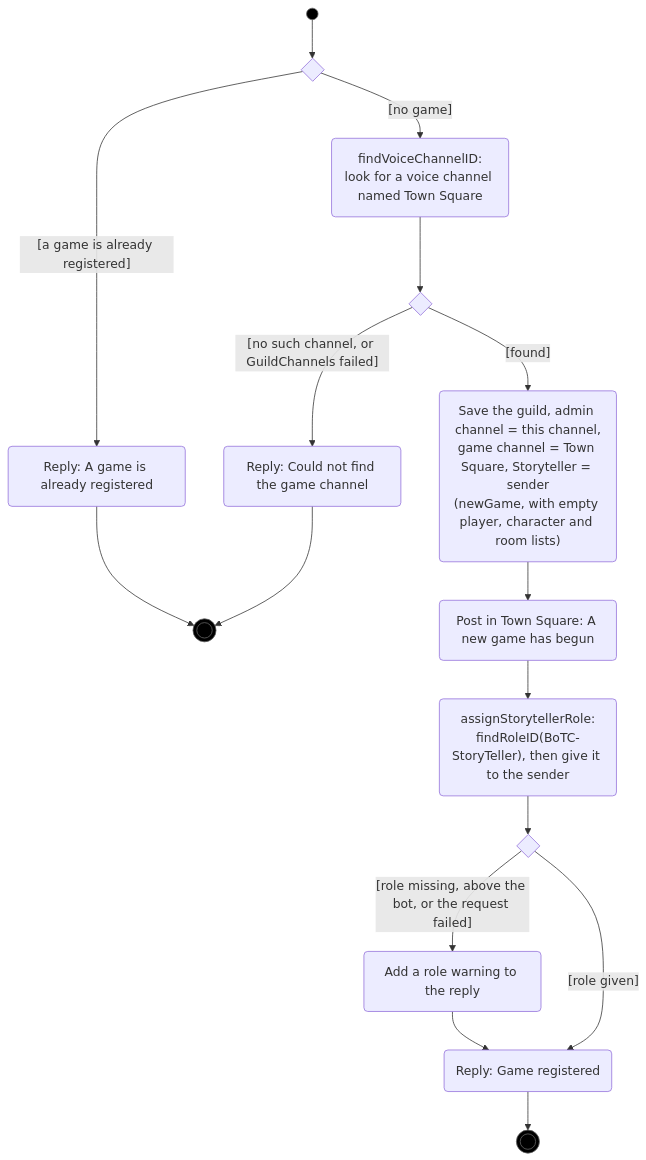
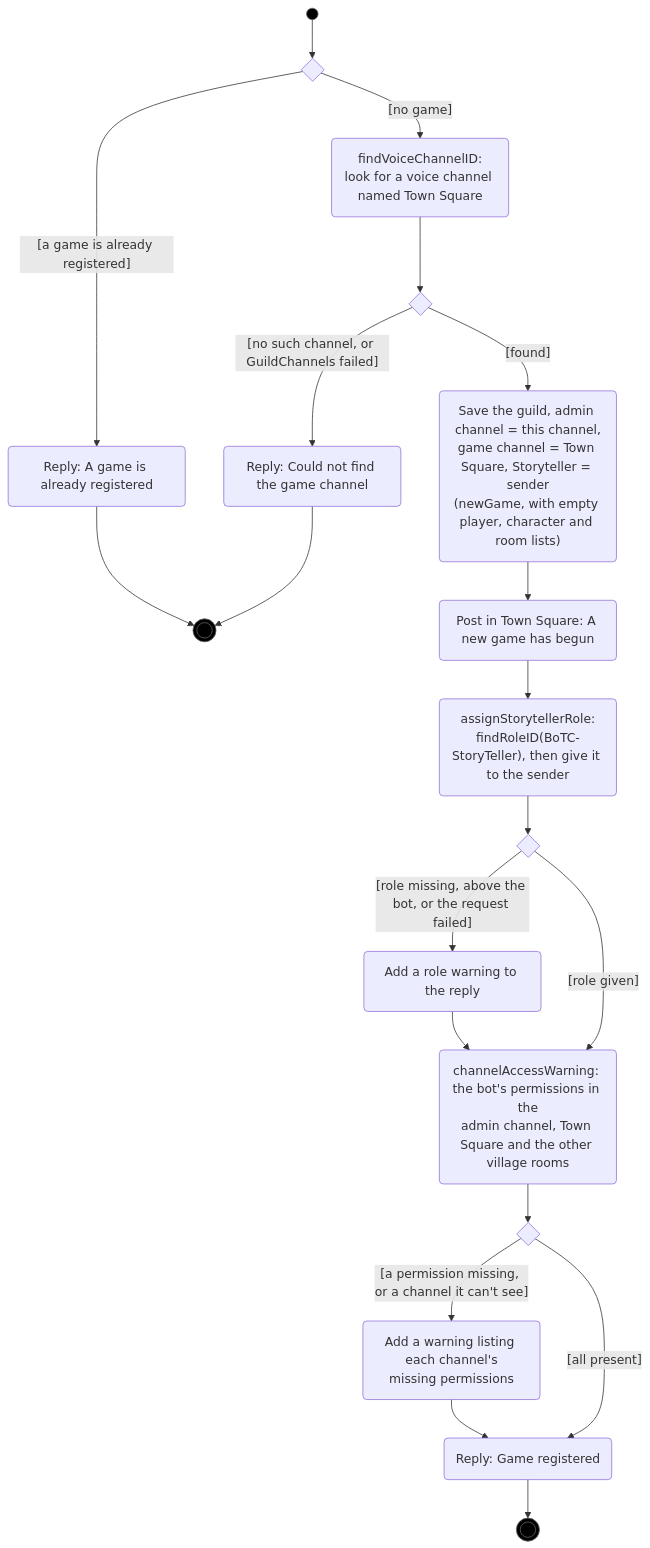
One commit to RAGNOARAKNOS/BotOnTheClocktower changed the first of 6 diagrams in docs/uml/game-lifecycle.md. Above: the diagram before and after it, drawn with Mermaid. The commit also changed other lines of this file and 8 other files, not shown here.

First line of the commit message:
Add channel permission checks and warnings for bot commands

````diff
--- a/docs/uml/game-lifecycle.md
+++ b/docs/uml/game-lifecycle.md
@@ -13,21 +13,25 @@
 ```mermaid
 flowchart TD
     start((" ")):::initial --> d1{" "}
     d1 -->|"[a game is already registered]"| refused1("Reply: A game is already registered")
     d1 -->|"[no game]"| find("findVoiceChannelID:<br/>look for a voice channel named Town Square")
     find --> d2{" "}
     d2 -->|"[no such channel, or GuildChannels failed]"| refused2("Reply: Could not find the game channel")
     d2 -->|"[found]"| save("Save the guild, admin channel = this channel,<br/>game channel = Town Square, Storyteller = sender<br/>(newGame, with empty player, character and room lists)")
     save --> announce("Post in Town Square: A new game has begun")
     announce --> role("assignStorytellerRole:<br/>findRoleID(BoTC-StoryTeller), then give it to the sender")
     role --> d3{" "}
     d3 -->|"[role missing, above the bot, or the request failed]"| warn("Add a role warning to the reply")
-    d3 -->|"[role given]"| reply("Reply: Game registered")
-    warn --> reply
+    d3 -->|"[role given]"| perms("channelAccessWarning: the bot's permissions in the<br/>admin channel, Town Square and the other village rooms")
+    warn --> perms
+    perms --> d4{" "}
+    d4 -->|"[a permission missing, or a channel it can't see]"| pwarn("Add a warning listing each channel's<br/>missing permissions")
+    d4 -->|"[all present]"| reply("Reply: Game registered")
+    pwarn --> reply
     refused1 --> refused(((" "))):::final
     refused2 --> refused
     reply --> registered(((" "))):::final
 
     classDef initial fill:#000,stroke:#666
     classDef final fill:#000,stroke:#666
 ```
````
